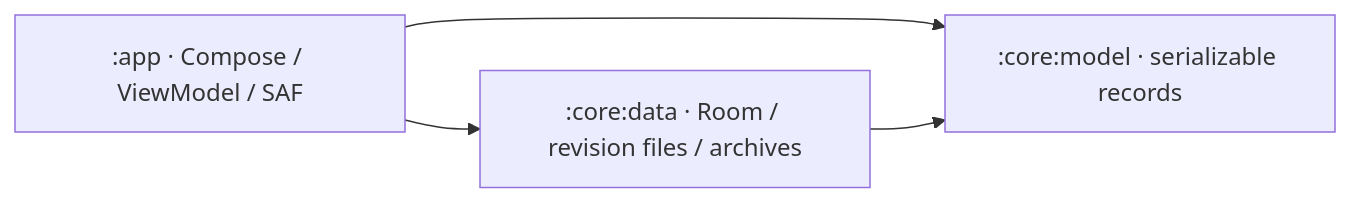
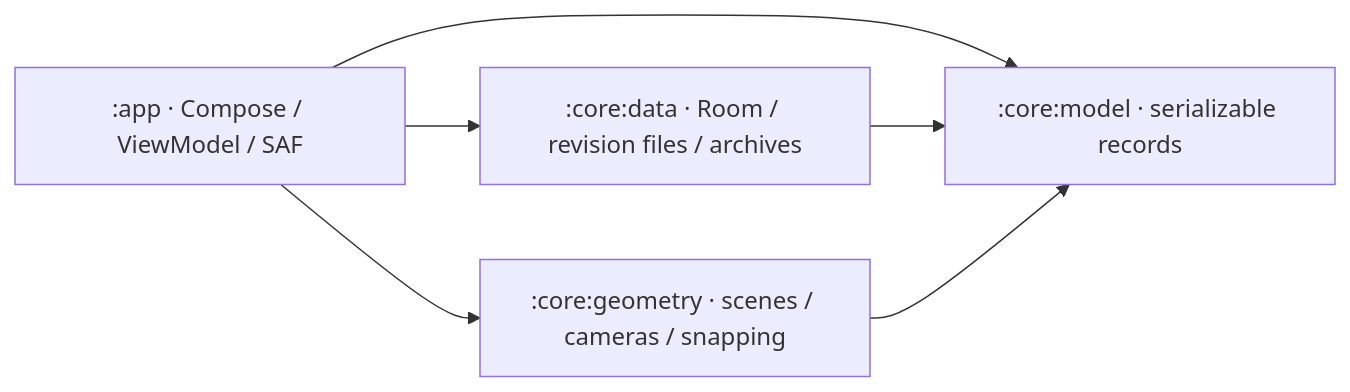
One commit to soyeezy1-svg/EezyDraw changed the first of 2 diagrams in docs/ARCHITECTURE.md. Above: the diagram before and after it, drawn with Mermaid. The commit also changed other lines of this file and 29 other files, not shown here.

````diff
--- a/docs/ARCHITECTURE.md
+++ b/docs/ARCHITECTURE.md
@@ -7,6 +7,8 @@
 ```mermaid
 flowchart LR
     app[":app · Compose / ViewModel / SAF"] --> data[":core:data · Room / revision files / archives"]
+    app --> geometry[":core:geometry · scenes / cameras / snapping"]
     app --> model[":core:model · serializable records"]
     data --> model
+    geometry --> model
 ```
````
